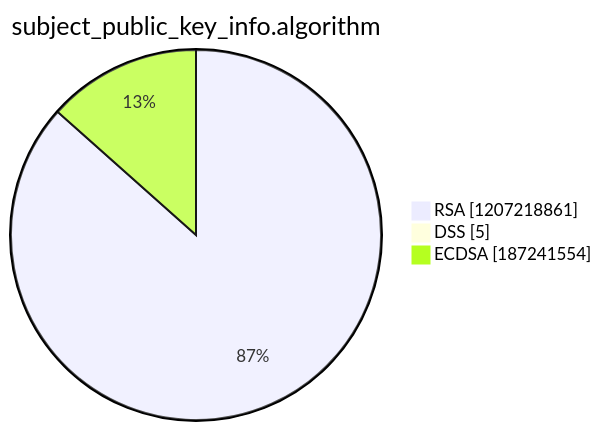
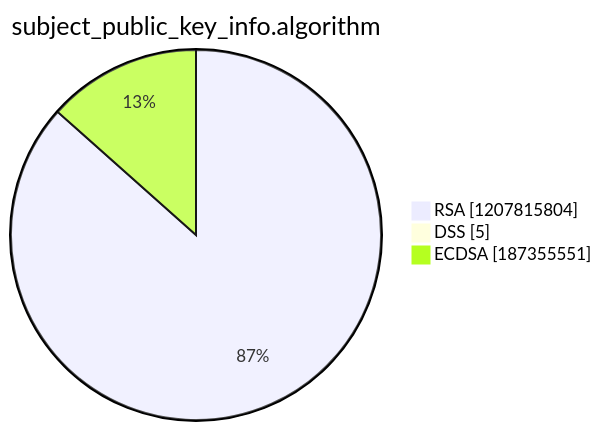
One commit to christiankrug/ctmonitor_visualization changed the third of 15 diagrams in argon2022/README.md. Above: the diagram before and after it, drawn with Mermaid. The commit also changed other lines of this file, not shown here.

````diff
--- a/argon2022/README.md
+++ b/argon2022/README.md
@@ -14,7 +14,7 @@
 ```mermaid
 pie showData
 title subject_public_key_info.algorithm
-"RSA" :1207218861
+"RSA" :1207815804
 "DSS" :5
-"ECDSA" :187241554
+"ECDSA" :187355551
 ```
````
